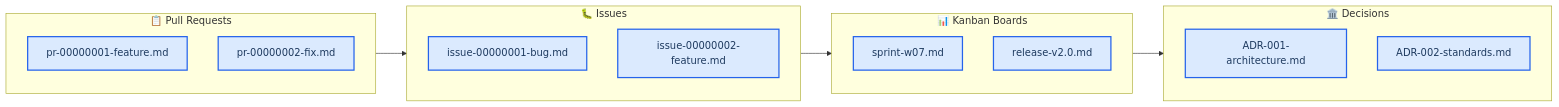
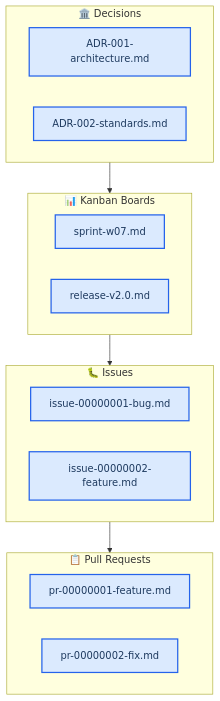
Before and after one commit to blazintrailssarah/agent-project: the second of 6 diagrams in README.md, drawn with Mermaid. The commit also changed other lines of this file and 1 other file, not shown here.

First line of the commit message:
fix(docs): update kanban boards and README diagrams

````diff
--- a/README.md
+++ b/README.md
@@ -154,32 +161,36 @@
 ```mermaid
-graph LR
+flowchart TB
 accTitle: Everything as Code Philosophy
 accDescr: All project management data lives in versioned markdown files, not external tools.
 
-subgraph PRs["📋 Pull Requests"]
-    PR1["pr-00000001-feature.md"]
-    PR2["pr-00000002-fix.md"]
+subgraph ADRs["🏛️ Decisions"]
+direction LR
+A1["ADR-001-architecture.md"]
+A2["ADR-002-standards.md"]
+end
+
+subgraph Kanban["📊 Kanban Boards"]
+direction LR
+K1["sprint-w07.md"]
+K2["release-v2.0.md"]
 end
 
 subgraph Issues["🐛 Issues"]
-    I1["issue-00000001-bug.md"]
-    I2["issue-00000002-feature.md"]
+direction LR
+I1["issue-00000001-bug.md"]
+I2["issue-00000002-feature.md"]
 end
 
-subgraph Kanban["📊 Kanban Boards"]
-    K1["sprint-w07.md"]
-    K2["release-v2.0.md"]
+subgraph PRs["📋 Pull Requests"]
+direction LR
+PR1["pr-00000001-feature.md"]
+PR2["pr-00000002-fix.md"]
 end
 
-subgraph ADRs["🏛️ Decisions"]
-    A1["ADR-001-architecture.md"]
-    A2["ADR-002-standards.md"]
-end
-
-PRs --> Issues
-Issues --> Kanban
-Kanban --> ADRs
+ADRs --> Kanban
+Kanban --> Issues
+Issues --> PRs
 
 classDef file fill:#dbeafe,stroke:#2563eb,stroke-width:2px,color:#1e3a5f
 class PR1,PR2,I1,I2,K1,K2,A1,A2 file
 ```
````
